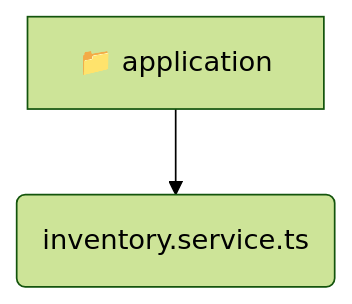
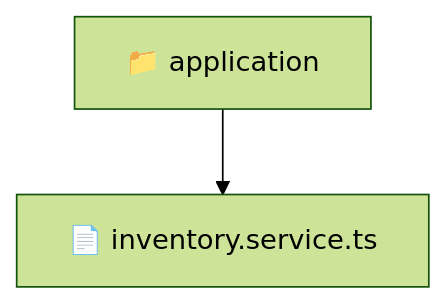
The diagram in backend/src/modules/inventory/application/README.md (beginwebdev2002/fullstack-mavluda), drawn with Mermaid (forest theme) before and after one commit. The commit also changed other lines of this file and 163 other files, not shown here.

````diff
--- a/backend/src/modules/inventory/application/README.md
+++ b/backend/src/modules/inventory/application/README.md
@@ -9,5 +10,5 @@
 ```mermaid
 graph TD
-  application[📁 application]
-  application --> application_inventory_service_ts(inventory.service.ts)
+  Root["📁 application"]
+  Root --> inventoryservicets["📄 inventory.service.ts"]
 ```
````
